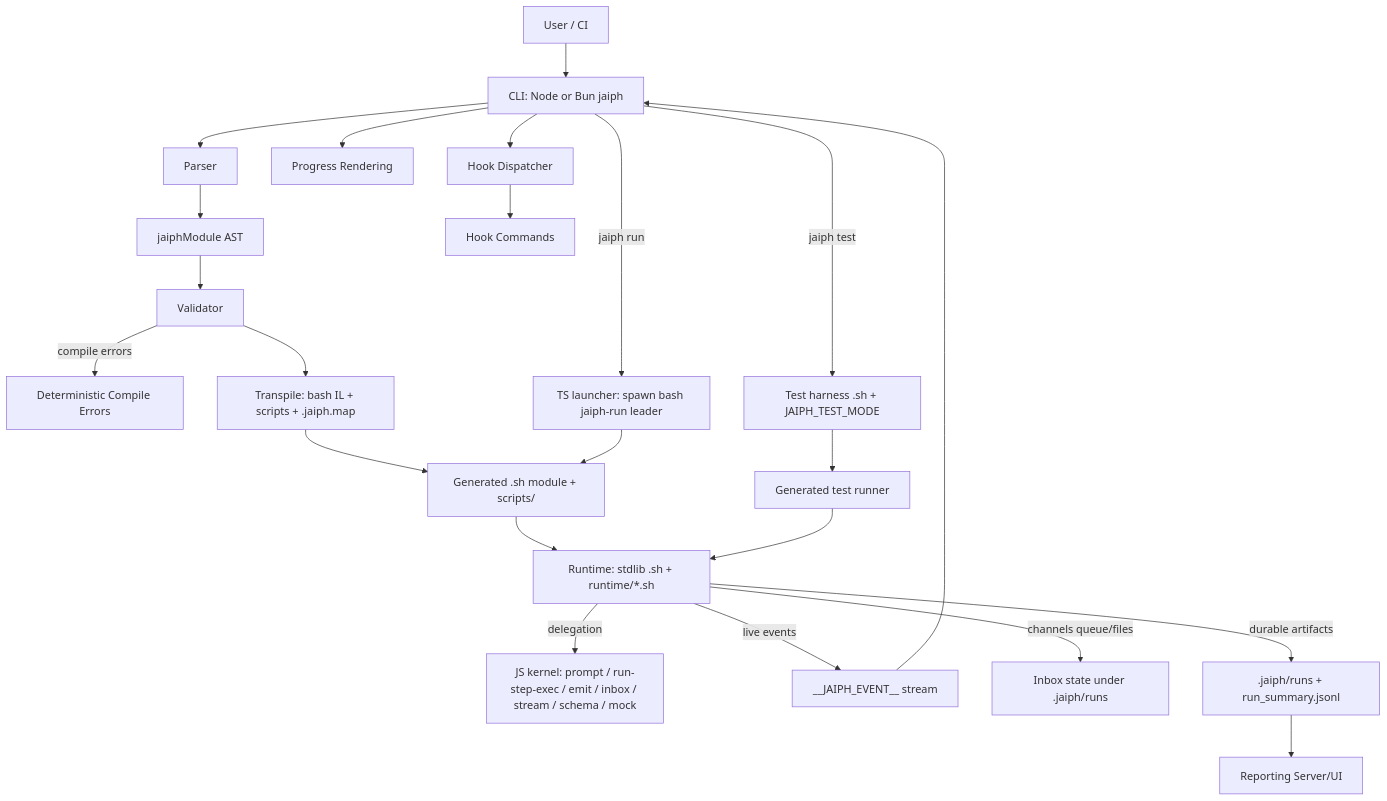
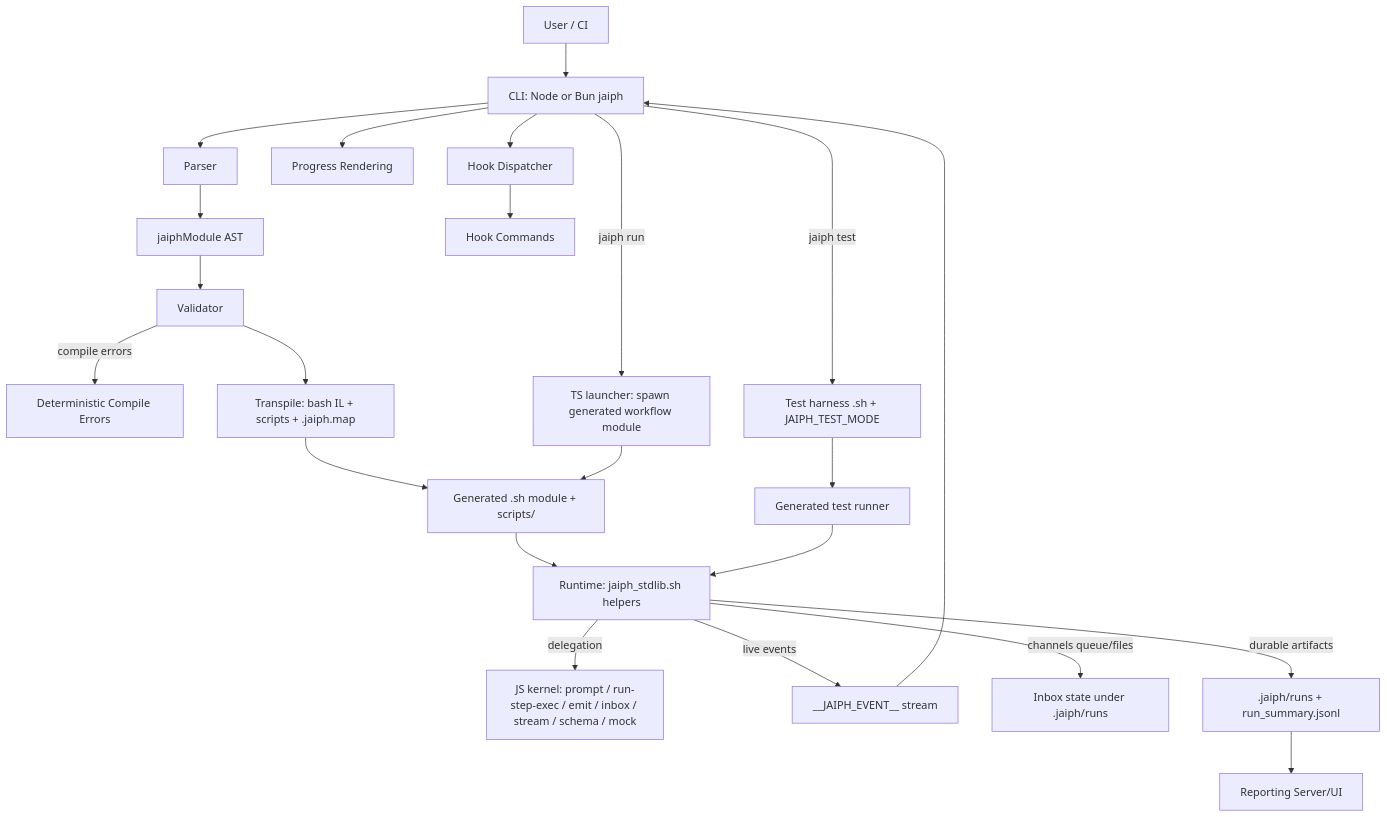
The first of 3 diagrams in ARCHITECTURE.md (jaiphlang/jaiph), drawn with Mermaid before and after one commit. The commit also changed other lines of this file and 37 other files, not shown here.

````diff
--- a/ARCHITECTURE.md
+++ b/ARCHITECTURE.md
@@ -93,32 +93,32 @@
 ```mermaid
 flowchart TD
     U[User / CI] --> CLI[CLI: Node or Bun jaiph]
 
     CLI --> P[Parser]
     P --> AST[jaiphModule AST]
     AST --> V[Validator]
     V -->|compile errors| ERR[Deterministic Compile Errors]
 
     V --> T1[Transpile: bash IL + scripts + .jaiph.map]
     T1 --> B1[Generated .sh module + scripts/]
 
-    CLI -->|jaiph run| EX[TS launcher: spawn bash jaiph-run leader]
+    CLI -->|jaiph run| EX[TS launcher: spawn generated workflow module]
     EX --> B1
     CLI -->|jaiph test| EX2[Test harness .sh + JAIPH_TEST_MODE]
     EX2 --> B2[Generated test runner]
 
-    B1 --> RT[Runtime: stdlib .sh + runtime/*.sh]
+    B1 --> RT[Runtime: jaiph_stdlib.sh helpers]
     B2 --> RT
     RT -->|delegation| KERNEL[JS kernel: prompt / run-step-exec / emit / inbox / stream / schema / mock]
 
     RT -->|live events| EV["__JAIPH_EVENT__ stream"]
     EV --> CLI
     CLI --> PR[Progress Rendering]
 
     RT -->|channels queue/files| INBOX[Inbox state under .jaiph/runs]
     RT -->|durable artifacts| SUM[.jaiph/runs + run_summary.jsonl]
     SUM --> REP[Reporting Server/UI]
 
     CLI --> HK[Hook Dispatcher]
     HK --> HPROC[Hook Commands]
 ```
````
